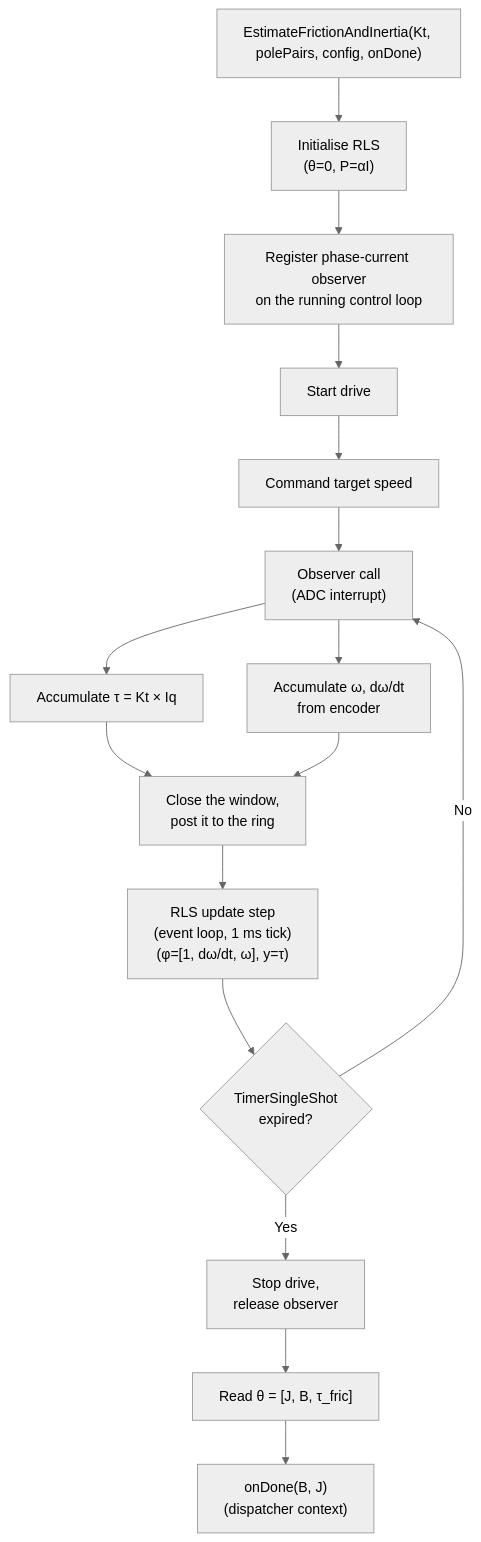
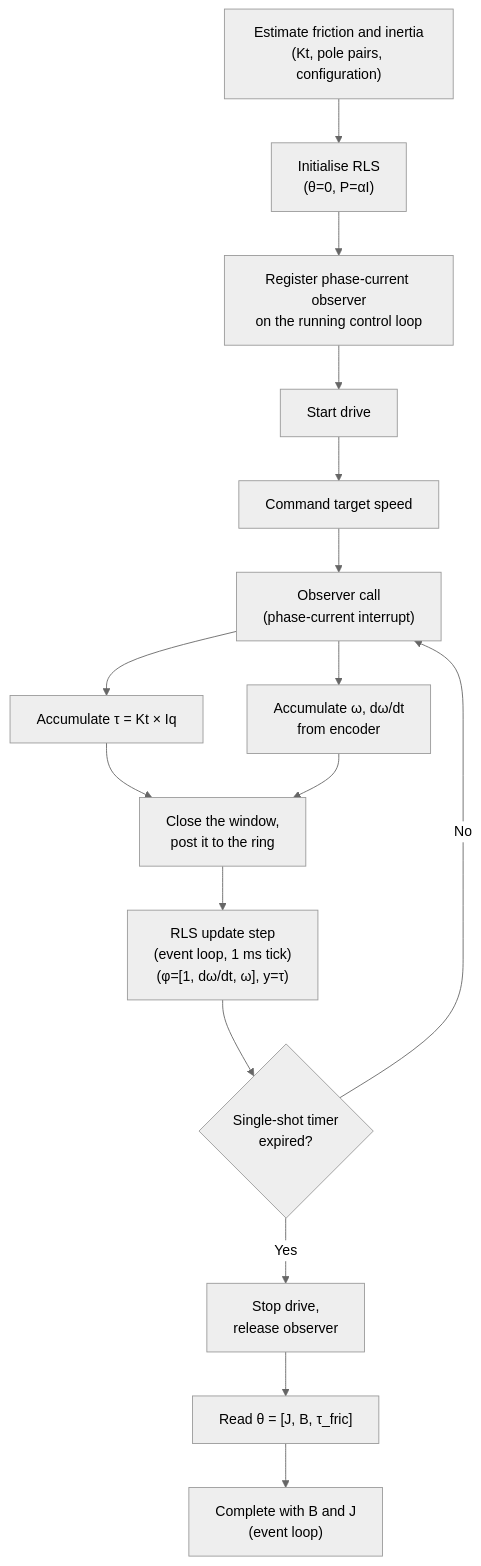
Before and after one commit to embedded-pro/e-foc: the first of 2 diagrams in documentation/design/service-mechanical-ident.md, drawn with Mermaid (neutral theme). The commit also changed other lines of this file and 37 other files, not shown here.

````diff
--- a/documentation/design/service-mechanical-ident.md
+++ b/documentation/design/service-mechanical-ident.md
@@ -297,18 +311,18 @@
 ```mermaid
 flowchart TD
-    START["EstimateFrictionAndInertia(Kt, polePairs, config, onDone)"] --> INIT["Initialise RLS\n(θ=0, P=αI)"]
+    START["Estimate friction and inertia\n(Kt, pole pairs, configuration)"] --> INIT["Initialise RLS\n(θ=0, P=αI)"]
     INIT --> OBS["Register phase-current observer\non the running control loop"]
     OBS --> DRIVE["Start drive"]
     DRIVE --> CMD_SPEED["Command target speed"]
-    CMD_SPEED --> CB["Observer call\n(ADC interrupt)"]
+    CMD_SPEED --> CB["Observer call\n(phase-current interrupt)"]
     CB --> TAU["Accumulate τ = Kt × Iq"]
     CB --> VEL["Accumulate ω, dω/dt\nfrom encoder"]
     TAU --> POST["Close the window,\npost it to the ring"]
     VEL --> POST
     POST --> RLS["RLS update step\n(event loop, 1 ms tick)\n(φ=[1, dω/dt, ω], y=τ)"]
-    RLS --> TIMEOUT{"TimerSingleShot\nexpired?"}
+    RLS --> TIMEOUT{"Single-shot timer\nexpired?"}
     TIMEOUT -->|No| CB
     TIMEOUT -->|Yes| REL["Stop drive,\nrelease observer"]
     REL --> REPORT["Read θ = [J, B, τ_fric]"]
-    REPORT --> CB2["onDone(B, J)\n(dispatcher context)"]
+    REPORT --> CB2["Complete with B and J\n(event loop)"]
 ```
````
